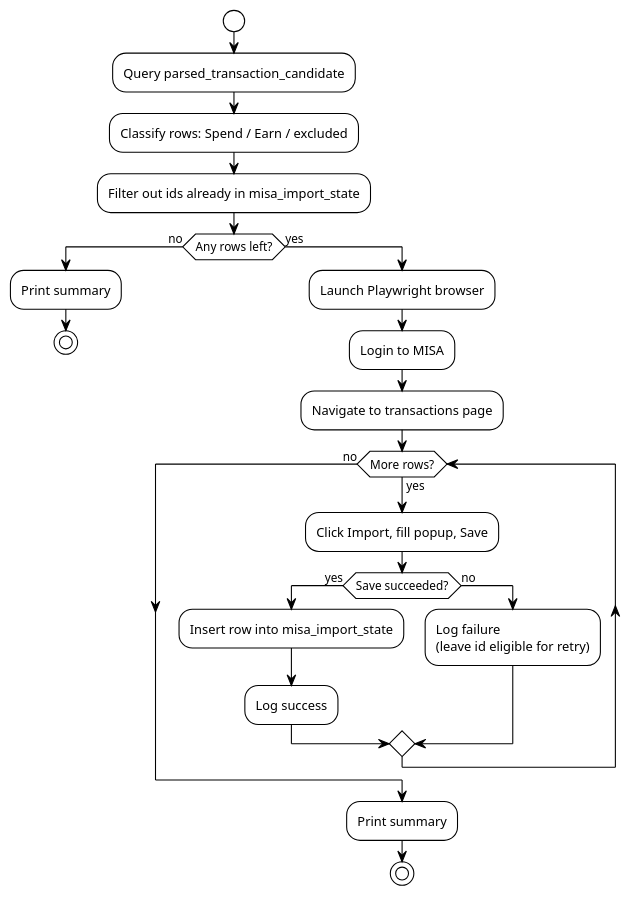
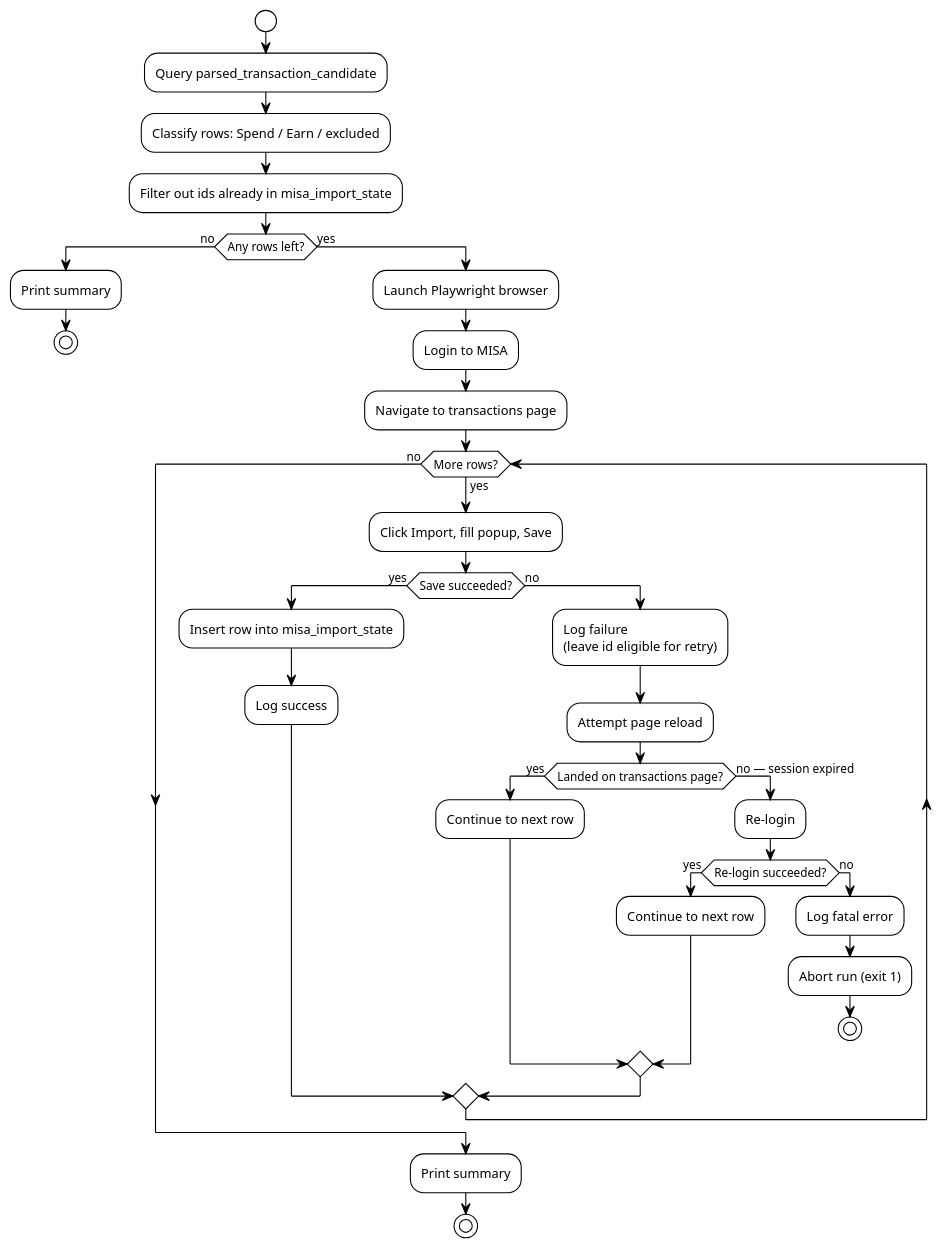
The diagram in ai/update_misa_implementation/update_misa_design.md (PhanCuong91/SpendSense), drawn with PlantUML before and after one commit. The commit also changed other lines of this file and 4 other files, not shown here.

````diff
--- a/ai/update_misa_implementation/update_misa_design.md
+++ b/ai/update_misa_implementation/update_misa_design.md
@@ -73,29 +73,42 @@
 ```plantuml
 @startuml MISA_Import_Flow
 !theme plain
 
 start
 :Query parsed_transaction_candidate;
 :Classify rows: Spend / Earn / excluded;
 :Filter out ids already in misa_import_state;
 if (Any rows left?) then (no)
   :Print summary;
   stop
 else (yes)
   :Launch Playwright browser;
   :Login to MISA;
   :Navigate to transactions page;
   while (More rows?) is (yes)
     :Click Import, fill popup, Save;
     if (Save succeeded?) then (yes)
       :Insert row into misa_import_state;
       :Log success;
     else (no)
       :Log failure\n(leave id eligible for retry);
+      :Attempt page reload;
+      if (Landed on transactions page?) then (yes)
+        :Continue to next row;
+      else (no — session expired)
+        :Re-login;
+        if (Re-login succeeded?) then (yes)
+          :Continue to next row;
+        else (no)
+          :Log fatal error;
+          :Abort run (exit 1);
+          stop
+        endif
+      endif
     endif
   endwhile (no)
   :Print summary;
   stop
 endif
 @enduml
 ```
````
